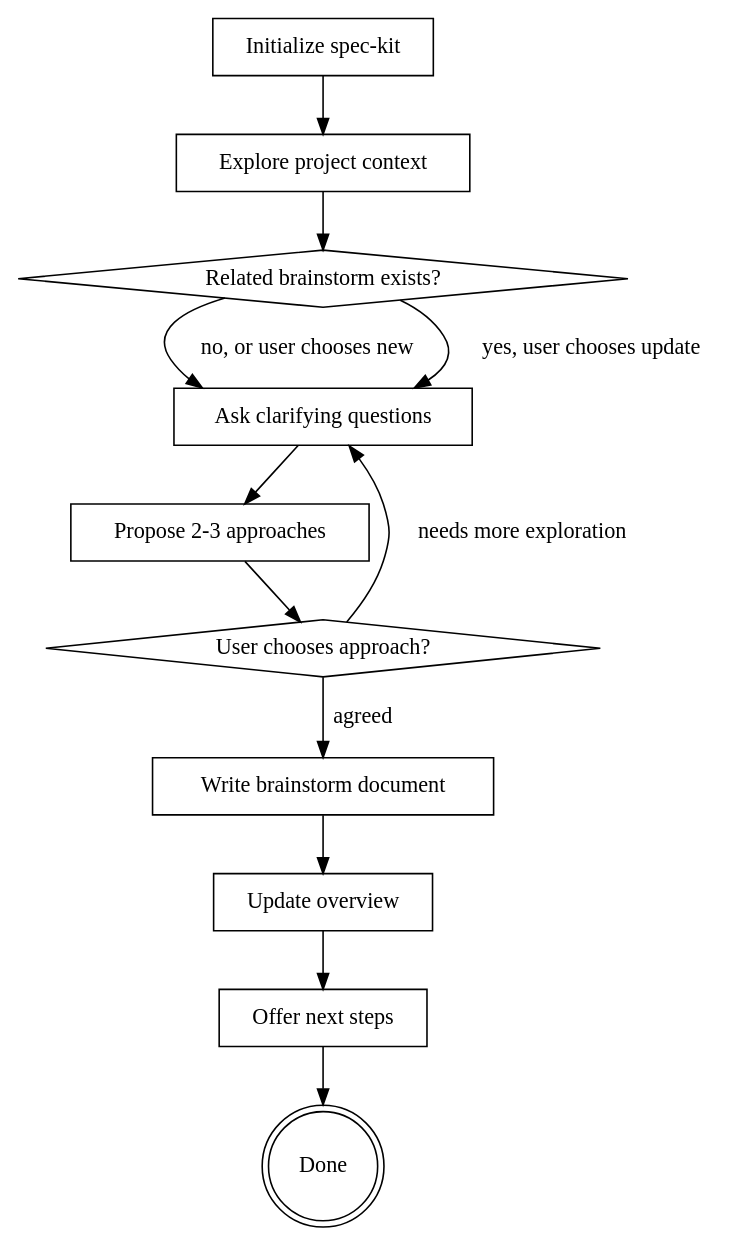
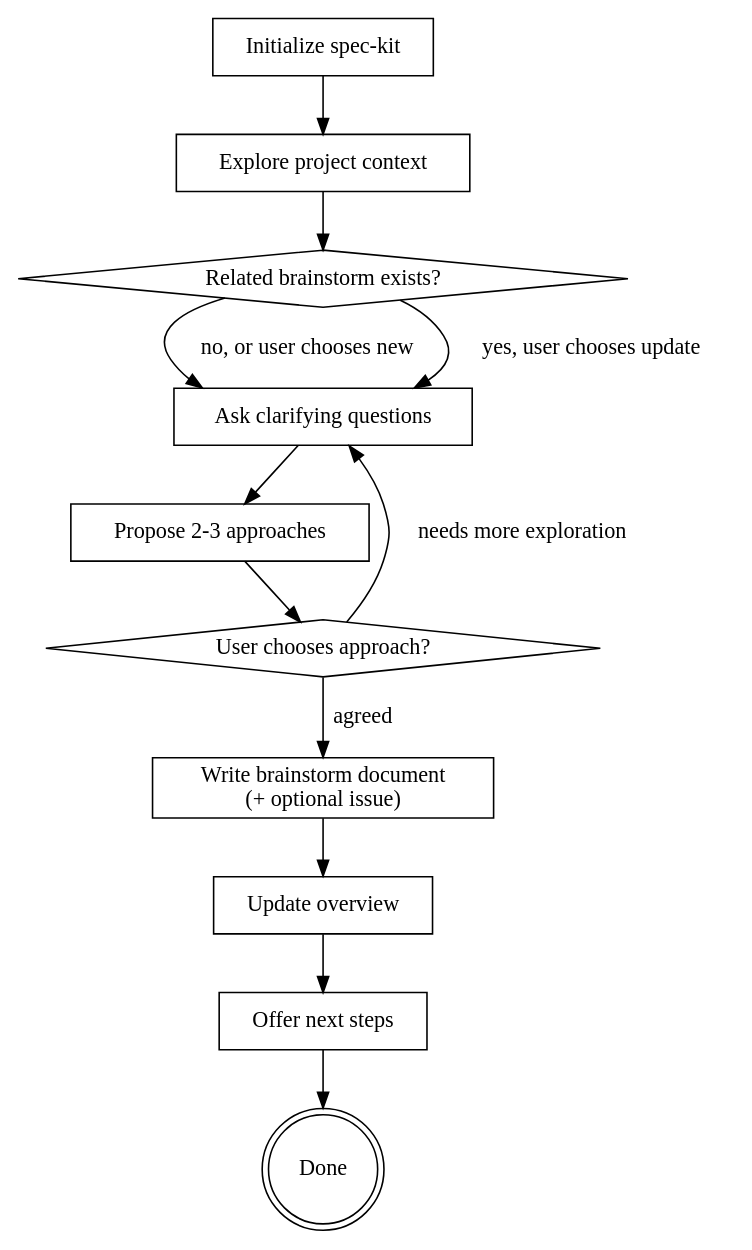
The diagram in spex/extensions/spex/commands/speckit.spex.brainstorm.md (rhuss/cc-sdd), drawn with Graphviz before and after one commit. The commit also changed other lines of this file, not shown here.

First line of the commit message:
feat: add optional issue creation to brainstorm command

````diff
--- a/spex/extensions/spex/commands/speckit.spex.brainstorm.md
+++ b/spex/extensions/spex/commands/speckit.spex.brainstorm.md
@@ -40,26 +40,26 @@
 ```dot
 digraph brainstorming {
     "Initialize spec-kit" [shape=box];
     "Explore project context" [shape=box];
     "Related brainstorm exists?" [shape=diamond];
     "Ask clarifying questions" [shape=box];
     "Propose 2-3 approaches" [shape=box];
     "User chooses approach?" [shape=diamond];
-    "Write brainstorm document" [shape=box];
+    "Write brainstorm document\n(+ optional issue)" [shape=box];
     "Update overview" [shape=box];
     "Offer next steps" [shape=box];
     "Done" [shape=doublecircle];
 
     "Initialize spec-kit" -> "Explore project context";
     "Explore project context" -> "Related brainstorm exists?";
     "Related brainstorm exists?" -> "Ask clarifying questions" [label="no, or user chooses new"];
     "Related brainstorm exists?" -> "Ask clarifying questions" [label="yes, user chooses update"];
     "Ask clarifying questions" -> "Propose 2-3 approaches";
     "Propose 2-3 approaches" -> "User chooses approach?";
     "User chooses approach?" -> "Ask clarifying questions" [label="needs more exploration"];
-    "User chooses approach?" -> "Write brainstorm document" [label="agreed"];
-    "Write brainstorm document" -> "Update overview";
+    "User chooses approach?" -> "Write brainstorm document\n(+ optional issue)" [label="agreed"];
+    "Write brainstorm document\n(+ optional issue)" -> "Update overview";
     "Update overview" -> "Offer next steps";
     "Offer next steps" -> "Done";
 }
 ```
````
